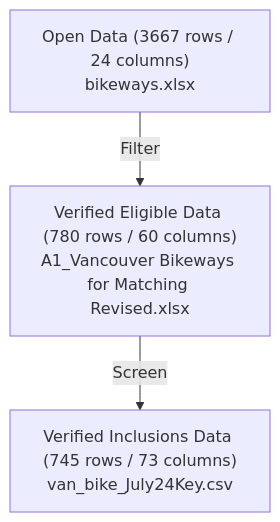
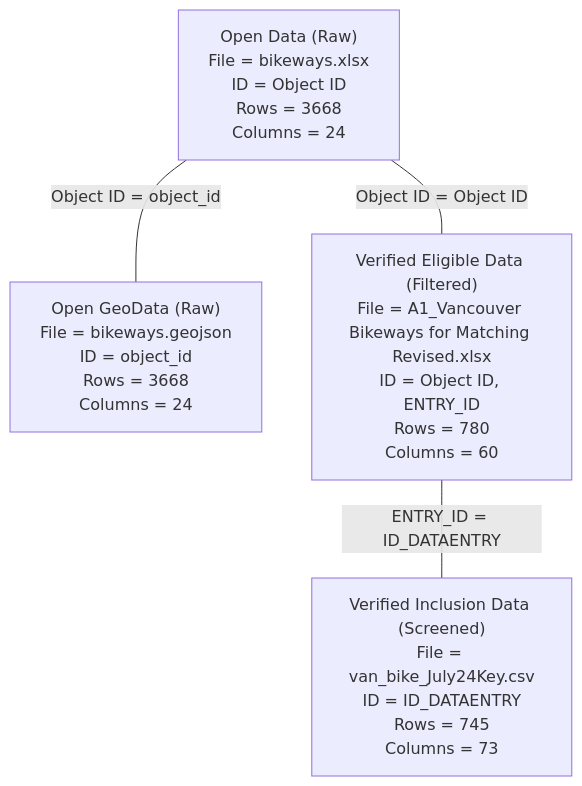
One commit to rrwen/recovr-infracycle changed the diagram in data/raw/vancouver/README.md. Above: the diagram before and after it, drawn with Mermaid. The commit also changed 1 other file, not shown here.

Commit message:
Revise vanc raw diag

````diff
--- a/data/raw/vancouver/README.md
+++ b/data/raw/vancouver/README.md
@@ -25,9 +25,11 @@
 ```mermaid
 graph TD
 
-city["Open Data (3667 rows / 24 columns)<br>bikeways.xlsx"]
-entry["Verified Eligible Data (780 rows / 60 columns)<br>A1_Vancouver Bikeways for Matching Revised.xlsx"]
-processed["Verified Inclusions Data (745 rows / 73 columns)<br>van_bike_July24Key.csv"]
+city["Open Data (Raw)<br>File = bikeways.xlsx<br>ID = Object ID<br>Rows = 3668<br>Columns = 24"]
+citygeo["Open GeoData (Raw)<br>File = bikeways.geojson<br>ID = object_id<br>Rows = 3668<br>Columns = 24"]
+entry["Verified Eligible Data (Filtered)<br>File = A1_Vancouver Bikeways for Matching Revised.xlsx<br>ID = Object ID, ENTRY_ID<br>Rows = 780<br>Columns = 60"]
+processed["Verified Inclusion Data (Screened)<br>File = van_bike_July24Key.csv<br>ID = ID_DATAENTRY<br>Rows = 745<br>Columns = 73"]
 
-city --> |Filter| entry --> |Screen| processed
+city --- | Object ID = Object ID | entry --- | ENTRY_ID = ID_DATAENTRY | processed
+city --- | Object ID = object_id | citygeo
 ```
````
